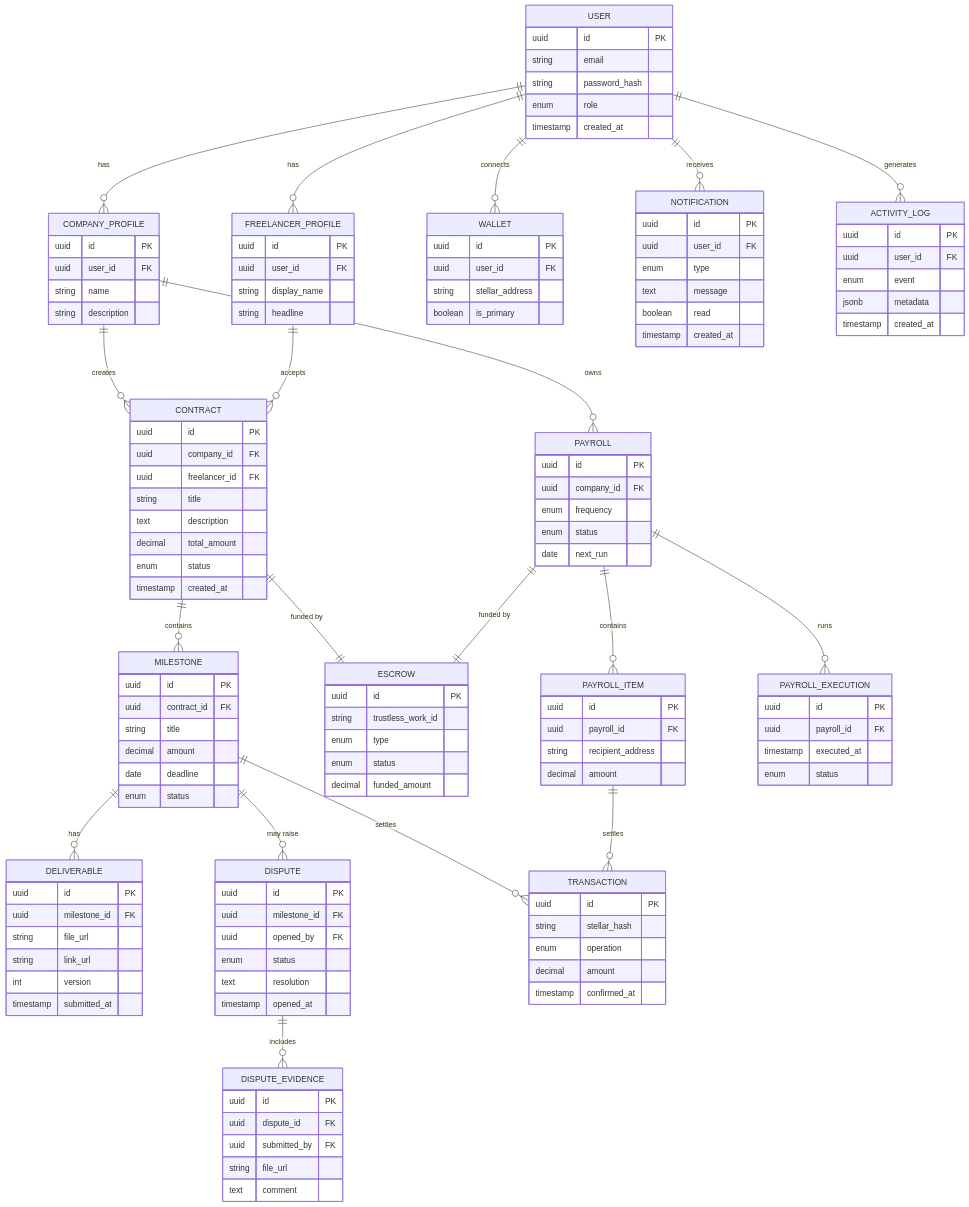
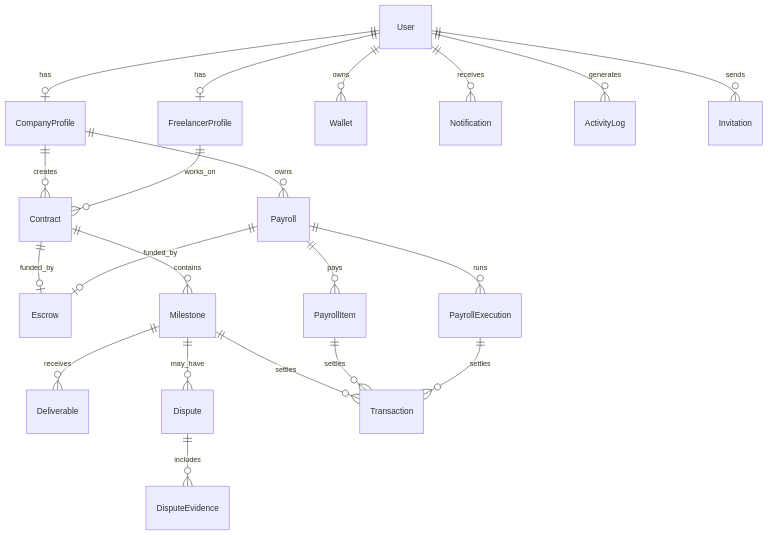
The diagram in docs/data-model.md (diegoveme/BolPay), drawn with Mermaid before and after one commit. The commit also changed other lines of this file and 291 other files, not shown here.

````diff
--- a/docs/data-model.md
+++ b/docs/data-model.md
@@ -10,155 +10,25 @@
 ```mermaid
 erDiagram
-    USER ||--o{ COMPANY_PROFILE : has
-    USER ||--o{ FREELANCER_PROFILE : has
-    USER ||--o{ WALLET : connects
-    USER ||--o{ NOTIFICATION : receives
-    USER ||--o{ ACTIVITY_LOG : generates
+    User ||--o| CompanyProfile : has
+    User ||--o| FreelancerProfile : has
+    User ||--o{ Wallet : owns
+    User ||--o{ Notification : receives
+    User ||--o{ ActivityLog : generates
+    User ||--o{ Invitation : sends
 
-    COMPANY_PROFILE ||--o{ CONTRACT : creates
-    FREELANCER_PROFILE ||--o{ CONTRACT : accepts
+    CompanyProfile ||--o{ Contract : creates
+    FreelancerProfile ||--o{ Contract : works_on
+    Contract ||--o| Escrow : funded_by
+    Contract ||--o{ Milestone : contains
+    Milestone ||--o{ Deliverable : receives
+    Milestone ||--o{ Dispute : may_have
+    Milestone ||--o{ Transaction : settles
+    Dispute ||--o{ DisputeEvidence : includes
 
-    CONTRACT ||--o{ MILESTONE : contains
-    CONTRACT ||--|| ESCROW : "funded by"
-    MILESTONE ||--o{ DELIVERABLE : has
-    MILESTONE ||--o{ DISPUTE : "may raise"
-    MILESTONE ||--o{ TRANSACTION : settles
-
-    DISPUTE ||--o{ DISPUTE_EVIDENCE : includes
-
-    COMPANY_PROFILE ||--o{ PAYROLL : owns
-    PAYROLL ||--o{ PAYROLL_ITEM : contains
-    PAYROLL ||--o{ PAYROLL_EXECUTION : runs
-    PAYROLL_ITEM ||--o{ TRANSACTION : settles
-    PAYROLL ||--|| ESCROW : "funded by"
-
-    USER {
-        uuid id PK
-        string email
-        string password_hash
-        enum role
-        timestamp created_at
-    }
-
-    WALLET {
-        uuid id PK
-        uuid user_id FK
-        string stellar_address
-        boolean is_primary
-    }
-
-    COMPANY_PROFILE {
-        uuid id PK
-        uuid user_id FK
-        string name
-        string description
-    }
-
-    FREELANCER_PROFILE {
-        uuid id PK
-        uuid user_id FK
-        string display_name
-        string headline
-    }
-
-    CONTRACT {
-        uuid id PK
-        uuid company_id FK
-        uuid freelancer_id FK
-        string title
-        text description
-        decimal total_amount
-        enum status
-        timestamp created_at
-    }
-
-    MILESTONE {
-        uuid id PK
-        uuid contract_id FK
-        string title
-        decimal amount
-        date deadline
-        enum status
-    }
-
-    DELIVERABLE {
-        uuid id PK
-        uuid milestone_id FK
-        string file_url
-        string link_url
-        int version
-        timestamp submitted_at
-    }
-
-    ESCROW {
-        uuid id PK
-        string trustless_work_id
-        enum type
-        enum status
-        decimal funded_amount
-    }
-
-    DISPUTE {
-        uuid id PK
-        uuid milestone_id FK
-        uuid opened_by FK
-        enum status
-        text resolution
-        timestamp opened_at
-    }
-
-    DISPUTE_EVIDENCE {
-        uuid id PK
-        uuid dispute_id FK
-        uuid submitted_by FK
-        string file_url
-        text comment
-    }
-
-    PAYROLL {
-        uuid id PK
-        uuid company_id FK
-        enum frequency
-        enum status
-        date next_run
-    }
-
-    PAYROLL_ITEM {
-        uuid id PK
-        uuid payroll_id FK
-        string recipient_address
-        decimal amount
-    }
-
-    PAYROLL_EXECUTION {
-        uuid id PK
-        uuid payroll_id FK
-        timestamp executed_at
-        enum status
-    }
-
-    TRANSACTION {
-        uuid id PK
-        string stellar_hash
-        enum operation
-        decimal amount
-        timestamp confirmed_at
-    }
-
-    NOTIFICATION {
-        uuid id PK
-        uuid user_id FK
-        enum type
-        text message
-        boolean read
-        timestamp created_at
-    }
-
-    ACTIVITY_LOG {
-        uuid id PK
-        uuid user_id FK
-        enum event
-        jsonb metadata
-        timestamp created_at
-    }
+    CompanyProfile ||--o{ Payroll : owns
+    Payroll ||--o| Escrow : funded_by
+    Payroll ||--o{ PayrollItem : pays
+    Payroll ||--o{ PayrollExecution : runs
+    PayrollItem ||--o{ Transaction : settles
+    PayrollExecution ||--o{ Transaction : settles
 ```
````
